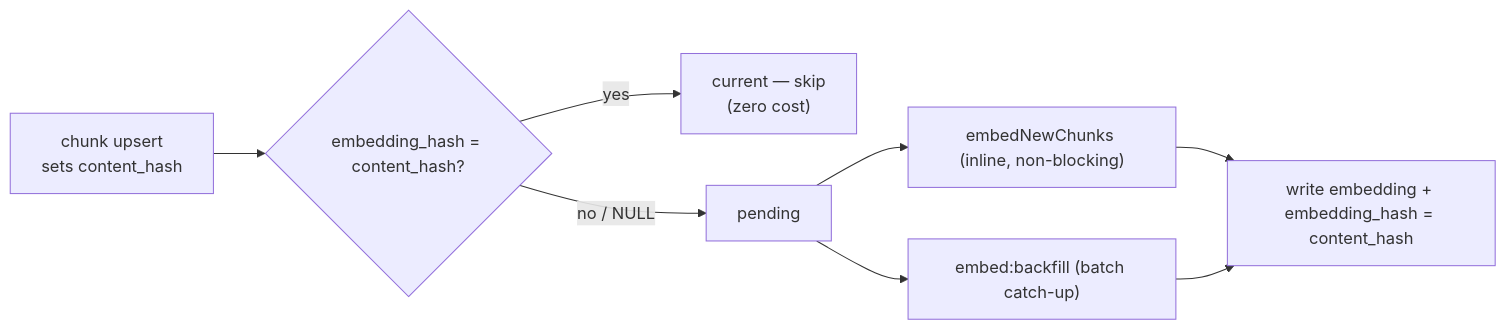
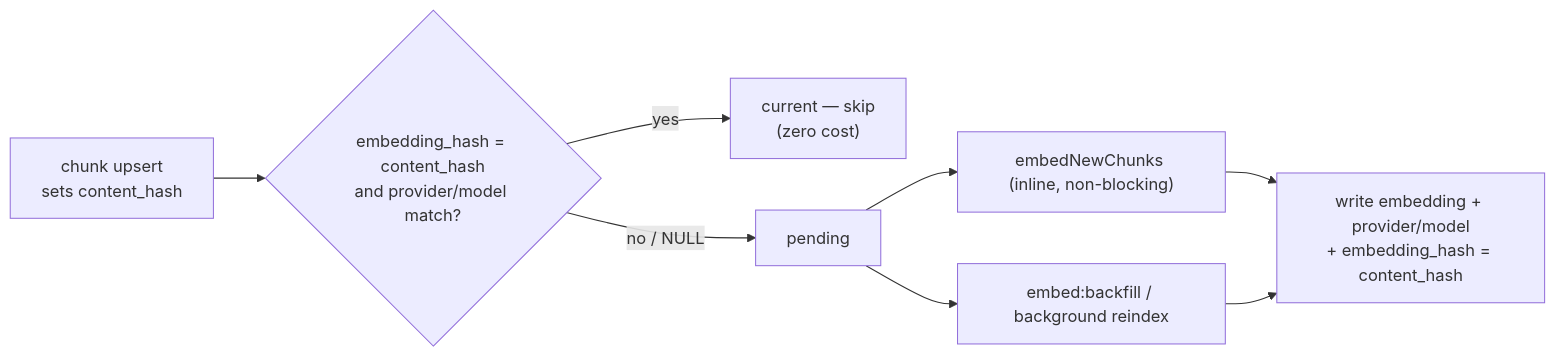
The diagram in docs/embeddings.md (franciscoluna-28/Scrapecat), drawn with Mermaid before and after one commit. The commit also changed other lines of this file and 4 other files, not shown here.

First line of the commit message:
docs: document embedding model invalidation

````diff
--- a/docs/embeddings.md
+++ b/docs/embeddings.md
@@ -41,10 +44,10 @@
 ```mermaid
 flowchart LR
-    A["chunk upsert<br/>sets content_hash"] --> B{"embedding_hash = content_hash?"}
+    A["chunk upsert<br/>sets content_hash"] --> B{"embedding_hash = content_hash<br/>and provider/model match?"}
     B -->|yes| C["current — skip<br/>(zero cost)"]
     B -->|no / NULL| D["pending"]
     D --> E["embedNewChunks (inline, non-blocking)"]
-    D --> F["embed:backfill (batch catch-up)"]
-    E --> G["write embedding + embedding_hash = content_hash"]
+    D --> F["embed:backfill / background reindex"]
+    E --> G["write embedding + provider/model<br/>+ embedding_hash = content_hash"]
     F --> G
 ```
````
